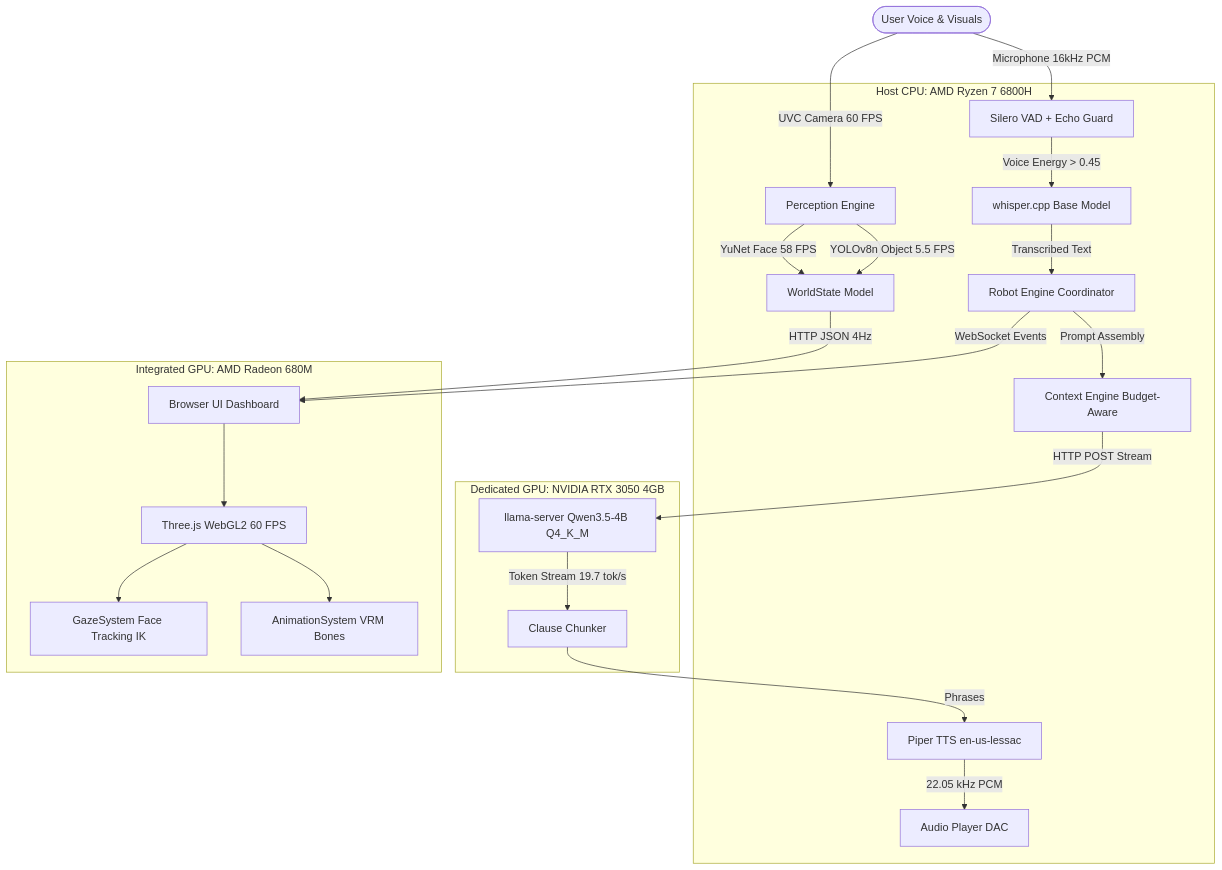
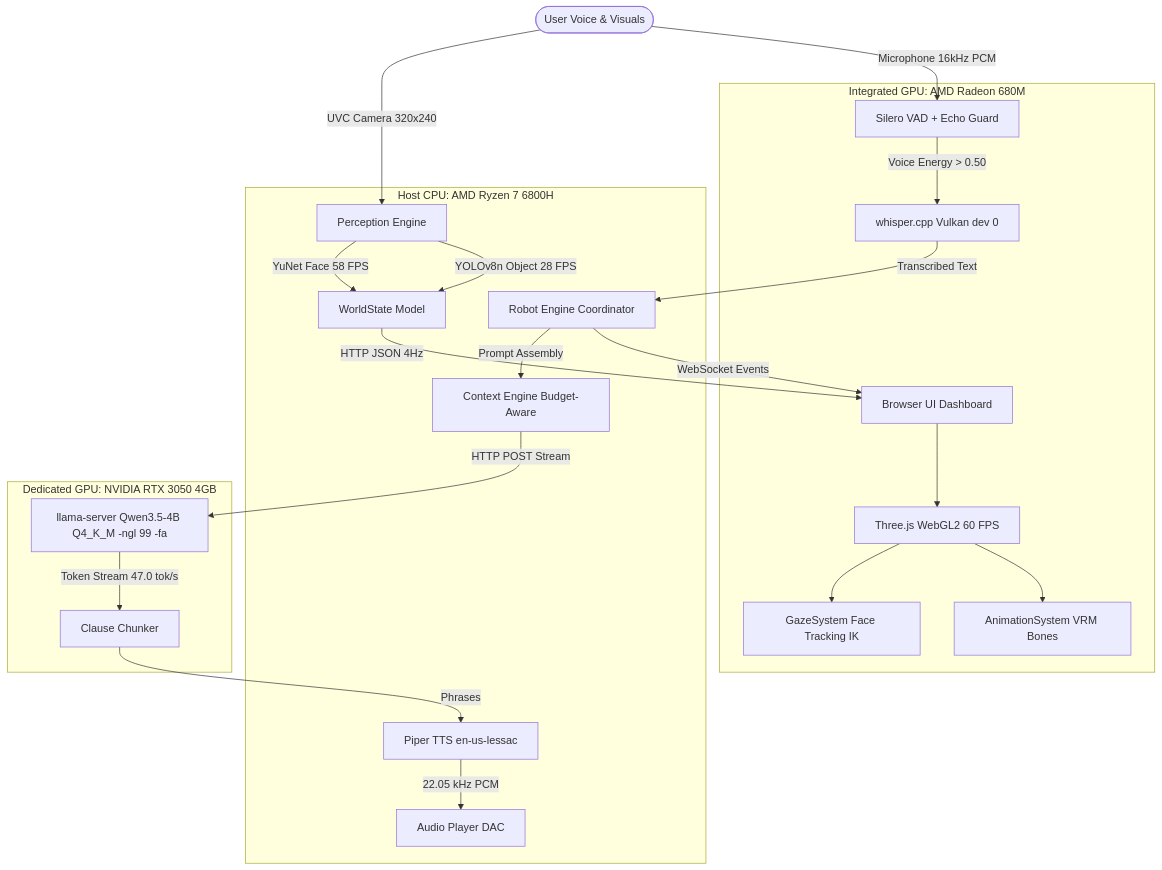
One commit to ameyasharma-ai/robot changed the diagram in BENCHMARK_REPORT.md. Above: the diagram before and after it, drawn with Mermaid. The commit also changed other lines of this file and 19 other files, not shown here.

Commit message:
feat: optimize local server execution, embedded vector memory, and system context assembly

````diff
--- a/BENCHMARK_REPORT.md
+++ b/BENCHMARK_REPORT.md
@@ -27,29 +27,29 @@
 ```mermaid
 graph TD
-    User([User Voice & Visuals]) -->|UVC Camera 60 FPS| Vision[Perception Engine]
+    User([User Voice & Visuals]) -->|UVC Camera 320x240| Vision[Perception Engine]
     User -->|Microphone 16kHz PCM| VAD[Silero VAD + Echo Guard]
+    
+    subgraph Integrated GPU: AMD Radeon 680M
+        VAD -->|Voice Energy > 0.50| Whisper[whisper.cpp Vulkan dev 0]
+        BrowserHUD[Browser UI Dashboard] --> ThreeJS[Three.js WebGL2 60 FPS]
+        ThreeJS --> Gaze[GazeSystem Face Tracking IK]
+        ThreeJS --> Anim[AnimationSystem VRM Bones]
+    end
     
     subgraph Host CPU: AMD Ryzen 7 6800H
         Vision -->|YuNet Face 58 FPS| WS[WorldState Model]
-        Vision -->|YOLOv8n Object 5.5 FPS| WS
-        VAD -->|Voice Energy > 0.45| Whisper[whisper.cpp Base Model]
+        Vision -->|YOLOv8n Object 28 FPS| WS
         Whisper -->|Transcribed Text| Core[Robot Engine Coordinator]
         Core -->|Prompt Assembly| Context[Context Engine Budget-Aware]
         TTS_Piper[Piper TTS en-us-lessac] -->|22.05 kHz PCM| AudioOut[Audio Player DAC]
     end
     
     subgraph Dedicated GPU: NVIDIA RTX 3050 4GB
-        Context -->|HTTP POST Stream| LlamaServer[llama-server Qwen3.5-4B Q4_K_M]
-        LlamaServer -->|Token Stream 19.7 tok/s| Chunk[Clause Chunker]
+        Context -->|HTTP POST Stream| LlamaServer[llama-server Qwen3.5-4B Q4_K_M -ngl 99 -fa]
+        LlamaServer -->|Token Stream 47.0 tok/s| Chunk[Clause Chunker]
     end
     
     Chunk -->|Phrases| TTS_Piper
     WS -->|HTTP JSON 4Hz| BrowserHUD
     Core -->|WebSocket Events| BrowserHUD
-    
-    subgraph Integrated GPU: AMD Radeon 680M
-        BrowserHUD[Browser UI Dashboard] --> ThreeJS[Three.js WebGL2 60 FPS]
-        ThreeJS --> Gaze[GazeSystem Face Tracking IK]
-        ThreeJS --> Anim[AnimationSystem VRM Bones]
-    end
 ```
````
